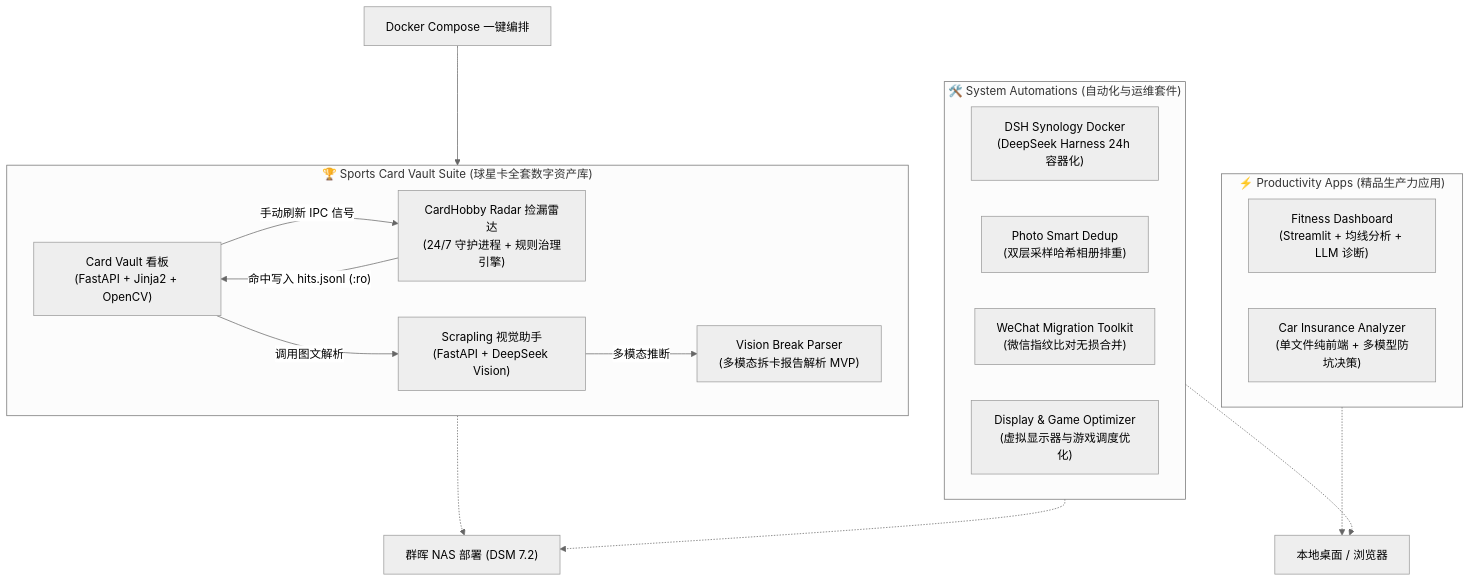
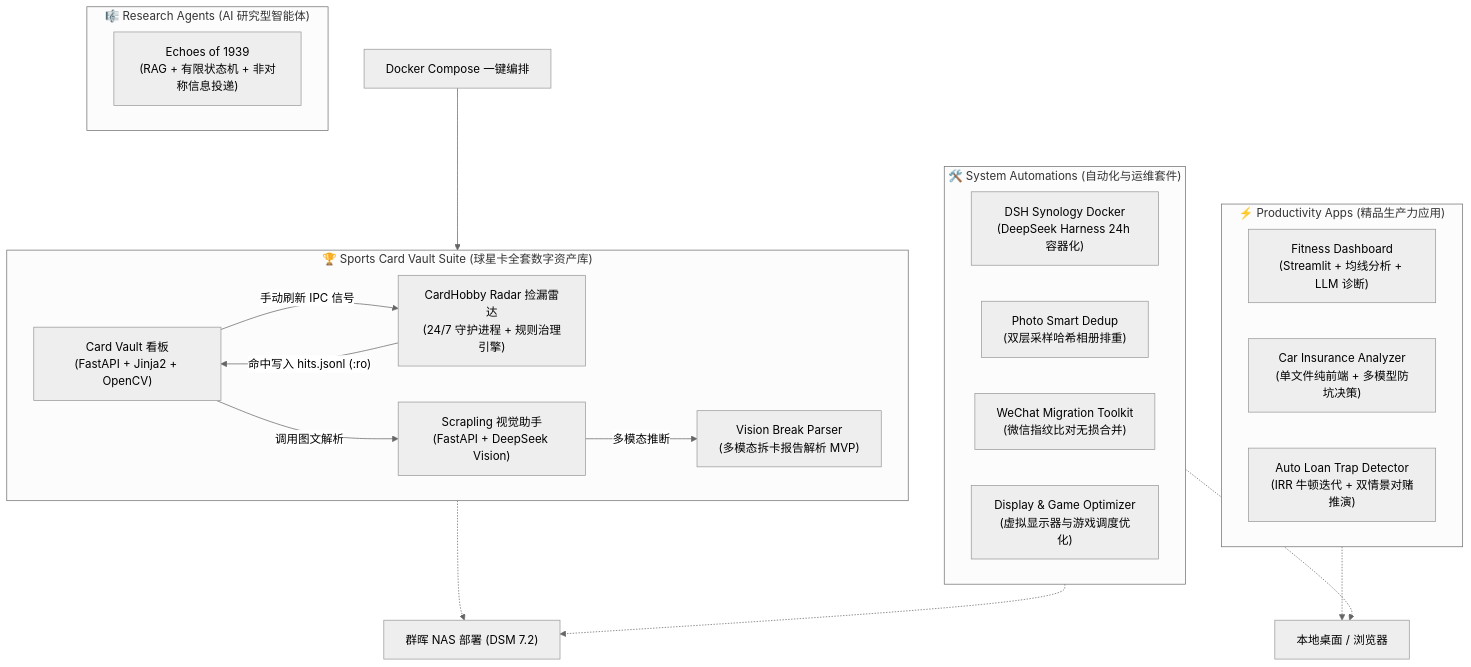
Before and after one commit to GroguZhang/ai-workbench: the diagram in README.md, drawn with Mermaid (neutral theme). The commit also changed other lines of this file and 17 other files, not shown here.

````diff
--- a/README.md
+++ b/README.md
@@ -24,31 +26,36 @@
 ```mermaid
 flowchart TD
     subgraph S1["🏆 Sports Card Vault Suite (球星卡全套数字资产库)"]
         CV["Card Vault 看板<br>(FastAPI + Jinja2 + OpenCV)"]
         CR["CardHobby Radar 捡漏雷达<br>(24/7 守护进程 + 规则治理引擎)"]
         SC["Scrapling 视觉助手<br>(FastAPI + DeepSeek Vision)"]
         VBP["Vision Break Parser<br>(多模态拆卡报告解析 MVP)"]
         
         CR -- "命中写入 hits.jsonl (:ro)" --> CV
         CV -- "手动刷新 IPC 信号" --> CR
         CV -- "调用图文解析" --> SC
         SC -- "多模态推断" --> VBP
     end
 
     subgraph S2["⚡ Productivity Apps (精品生产力应用)"]
         FD["Fitness Dashboard<br>(Streamlit + 均线分析 + LLM 诊断)"]
         CIA["Car Insurance Analyzer<br>(单文件纯前端 + 多模型防坑决策)"]
+        ALT["Auto Loan Trap Detector<br>(IRR 牛顿迭代 + 双情景对赌推演)"]
+    end
+
+    subgraph S4["🎼 Research Agents (AI 研究型智能体)"]
+        E1939["Echoes of 1939<br>(RAG + 有限状态机 + 非对称信息投递)"]
     end
 
     subgraph S3["🛠️ System Automations (自动化与运维套件)"]
         DSH["DSH Synology Docker<br>(DeepSeek Harness 24h 容器化)"]
         PSD["Photo Smart Dedup<br>(双层采样哈希相册排重)"]
         WMT["WeChat Migration Toolkit<br>(微信指纹比对无损合并)"]
         DGO["Display & Game Optimizer<br>(虚拟显示器与游戏调度优化)"]
     end
 
     Docker["Docker Compose 一键编排"] --> S1
     S1 -.-> NAS["群晖 NAS 部署 (DSM 7.2)"]
     S2 -.-> Local["本地桌面 / 浏览器"]
     S3 -.-> NAS & Local
 ```
````
